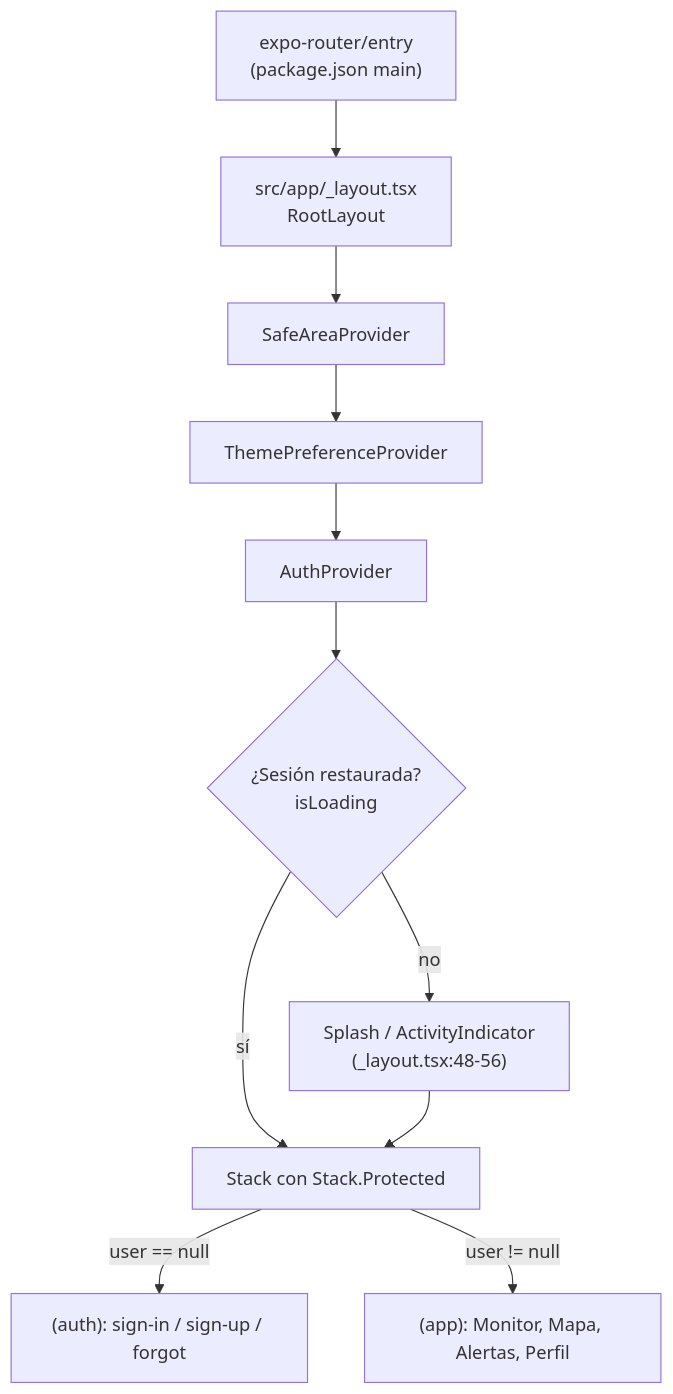
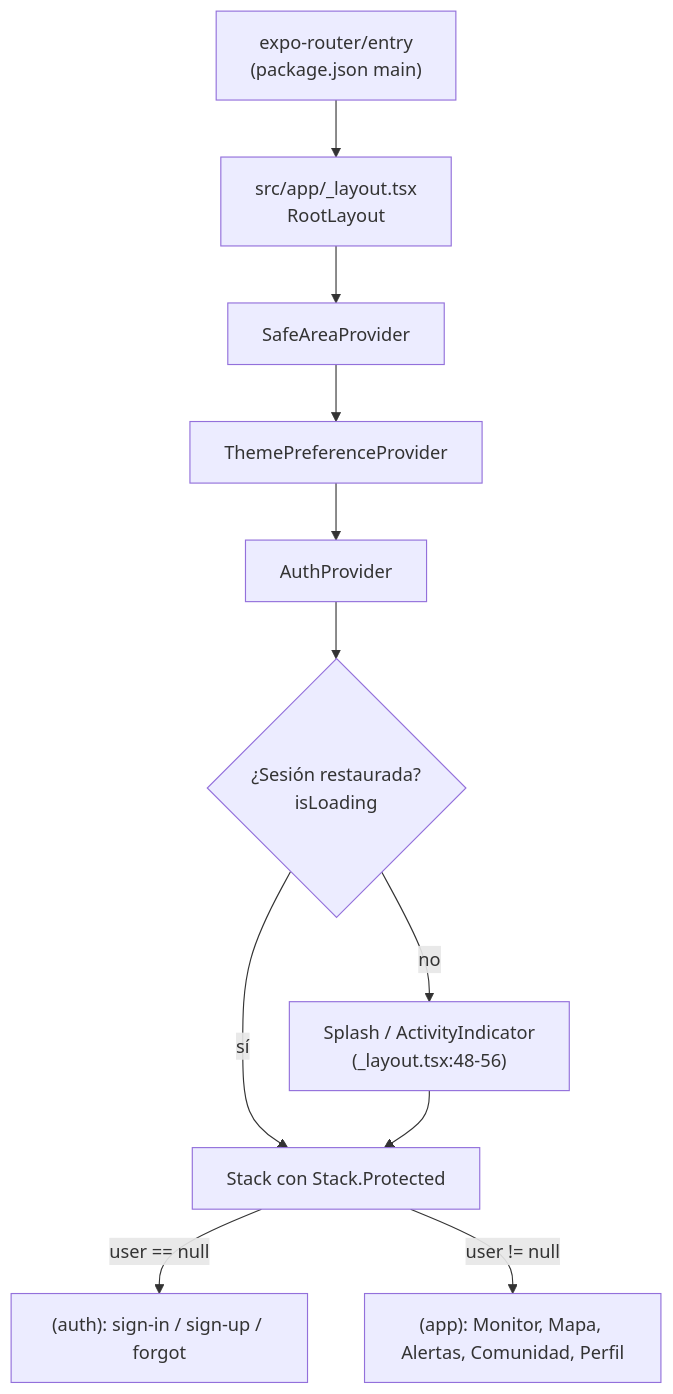
Before and after one commit to uzui2109/sismoConnect: the diagram in docs/arquitectura.md, drawn with Mermaid. The commit also changed other lines of this file and 6 other files, not shown here.

````diff
--- a/docs/arquitectura.md
+++ b/docs/arquitectura.md
@@ -31,13 +35,13 @@
 ```mermaid
 flowchart TD
     A["expo-router/entry<br/>(package.json main)"] --> B["src/app/_layout.tsx<br/>RootLayout"]
     B --> C[SafeAreaProvider]
     C --> D[ThemePreferenceProvider]
     D --> E[AuthProvider]
     E --> F{¿Sesión restaurada?<br/>isLoading}
     F -- sí --> G["Stack con Stack.Protected"]
     F -- no --> H["Splash / ActivityIndicator<br/>(_layout.tsx:48-56)"]
     H --> G
     G -->|user == null| I["(auth): sign-in / sign-up / forgot"]
-    G -->|user != null| J["(app): Monitor, Mapa, Alertas, Perfil"]
+    G -->|user != null| J["(app): Monitor, Mapa, Alertas, Comunidad, Perfil"]
 ```
````
